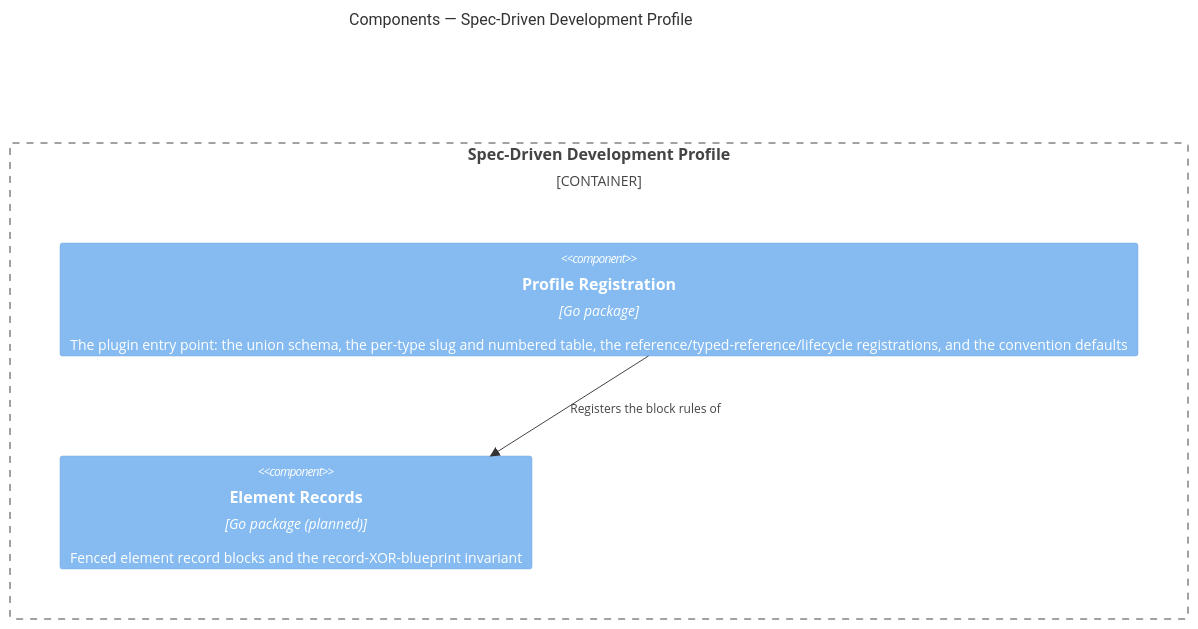
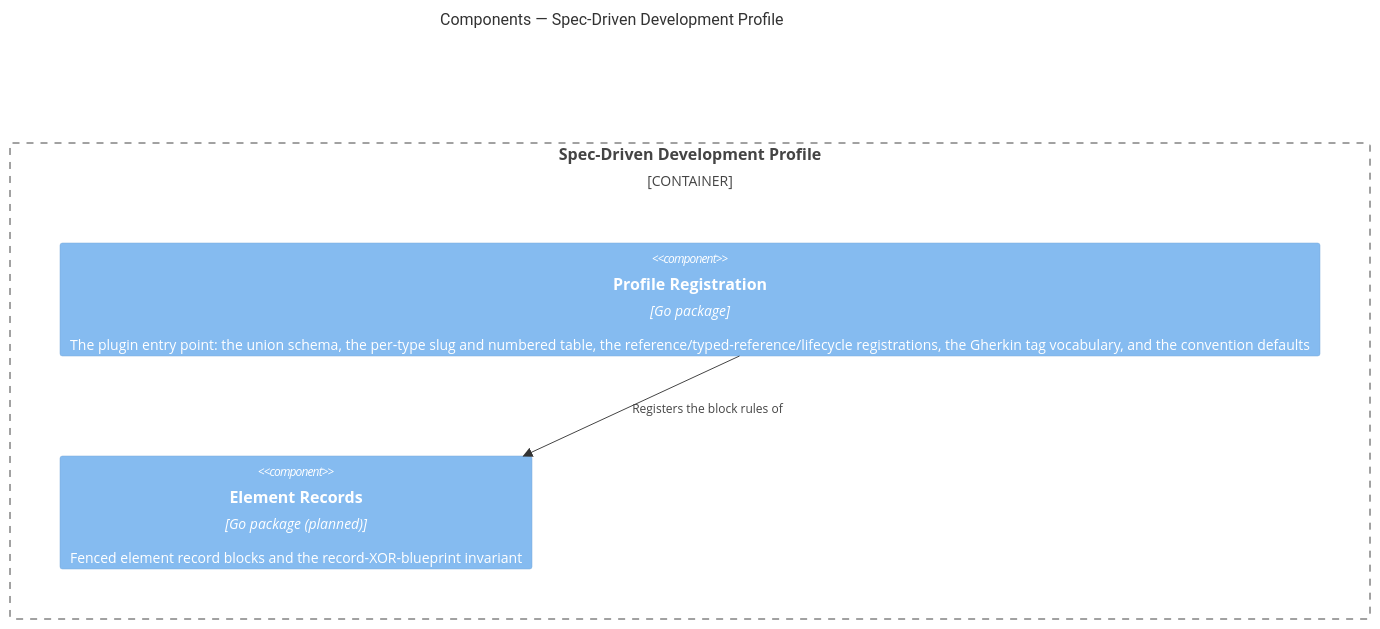
Before and after one commit to brettcallaghan/specs: the diagram in specs/architecture/module-spec-profile.md, drawn with Mermaid. The commit also changed other lines of this file and 230 other files, not shown here.

````diff
--- a/specs/architecture/module-spec-profile.md
+++ b/specs/architecture/module-spec-profile.md
@@ -156,9 +180,9 @@
 ```mermaid
 C4Component
     title Components — Spec-Driven Development Profile
     Container_Boundary(profile, "Spec-Driven Development Profile") {
-        Component(reg, "Profile Registration", "Go package", "The plugin entry point: the union schema, the per-type slug and numbered table, the reference/typed-reference/lifecycle registrations, and the convention defaults")
+        Component(reg, "Profile Registration", "Go package", "The plugin entry point: the union schema, the per-type slug and numbered table, the reference/typed-reference/lifecycle registrations, the Gherkin tag vocabulary, and the convention defaults")
         Component(records, "Element Records", "Go package (planned)", "Fenced element record blocks and the record-XOR-blueprint invariant")
     }
     Rel(reg, records, "Registers the block rules of")
 ```
````
